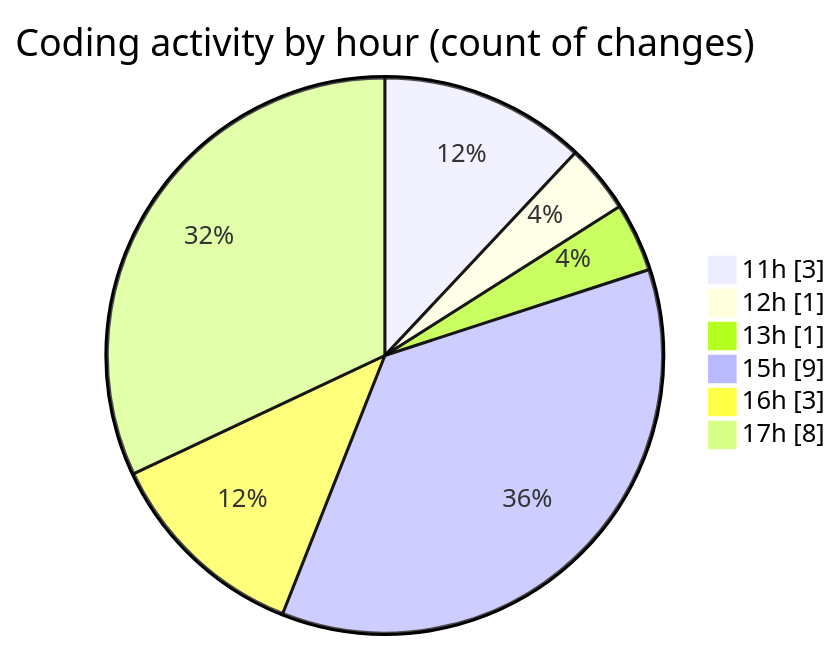
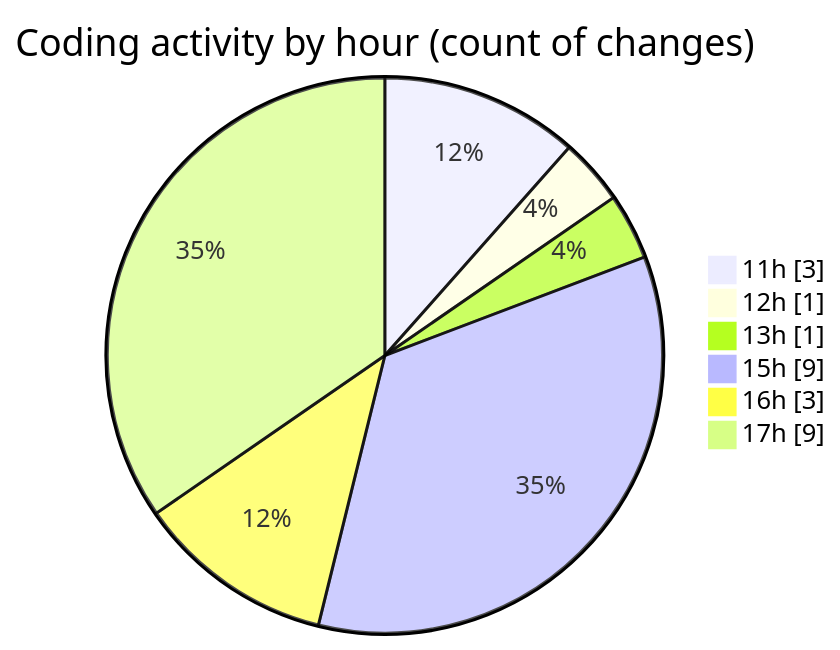
The second of 2 diagrams in 2025-12-01/nxtqube_webapp/README.md (nxtqubesakshisongat/code-tracking), drawn with Mermaid before and after one commit. The commit also changed other lines of this file and 1 other file, not shown here.

````diff
--- a/2025-12-01/nxtqube_webapp/README.md
+++ b/2025-12-01/nxtqube_webapp/README.md
@@ -34,10 +36,10 @@
 ```mermaid
 pie showData
 title Coding activity by hour (count of changes)
 "11h" : 3
 "12h" : 1
 "13h" : 1
 "15h" : 9
 "16h" : 3
-"17h" : 8
+"17h" : 9
 ```
````
